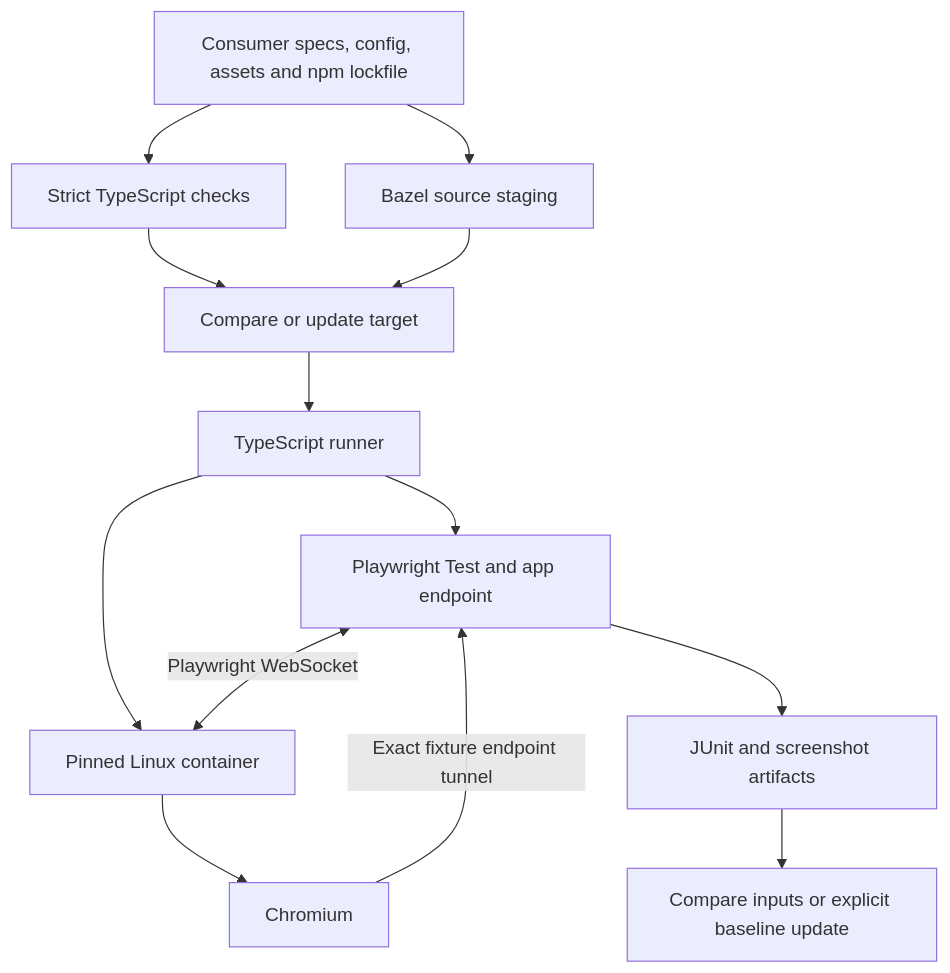
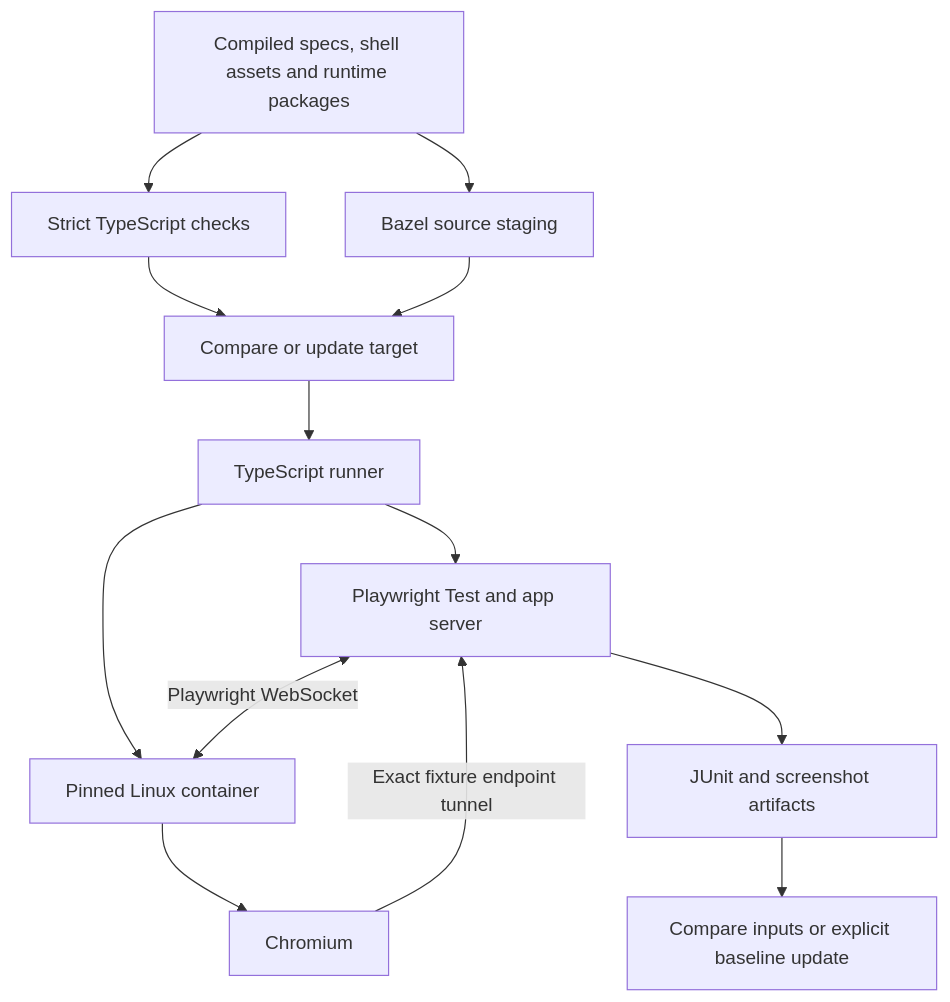
The diagram in docs/architecture.md (perplexityai/rules_web_e2e), drawn with Mermaid before and after one commit. The commit also changed other lines of this file and 38 other files, not shown here.

````diff
--- a/docs/architecture.md
+++ b/docs/architecture.md
@@ -24,15 +24,15 @@
 ```mermaid
 flowchart TD
-  Inputs[Consumer specs, config, assets and npm lockfile] --> Bazel[Bazel source staging]
+  Inputs[Compiled specs, shell assets and runtime packages] --> Bazel[Bazel source staging]
   Inputs --> Types[Strict TypeScript checks]
   Types --> Test[Compare or update target]
   Bazel --> Test
   Test --> Runner[TypeScript runner]
-  Runner --> Host[Playwright Test and app endpoint]
+  Runner --> Host[Playwright Test and app server]
   Runner --> Container[Pinned Linux container]
   Host <-->|Playwright WebSocket| Container
   Container --> Browser[Chromium]
   Browser -->|Exact fixture endpoint tunnel| Host
   Host --> Results[JUnit and screenshot artifacts]
   Results --> Baselines[Compare inputs or explicit baseline update]
 ```
````
